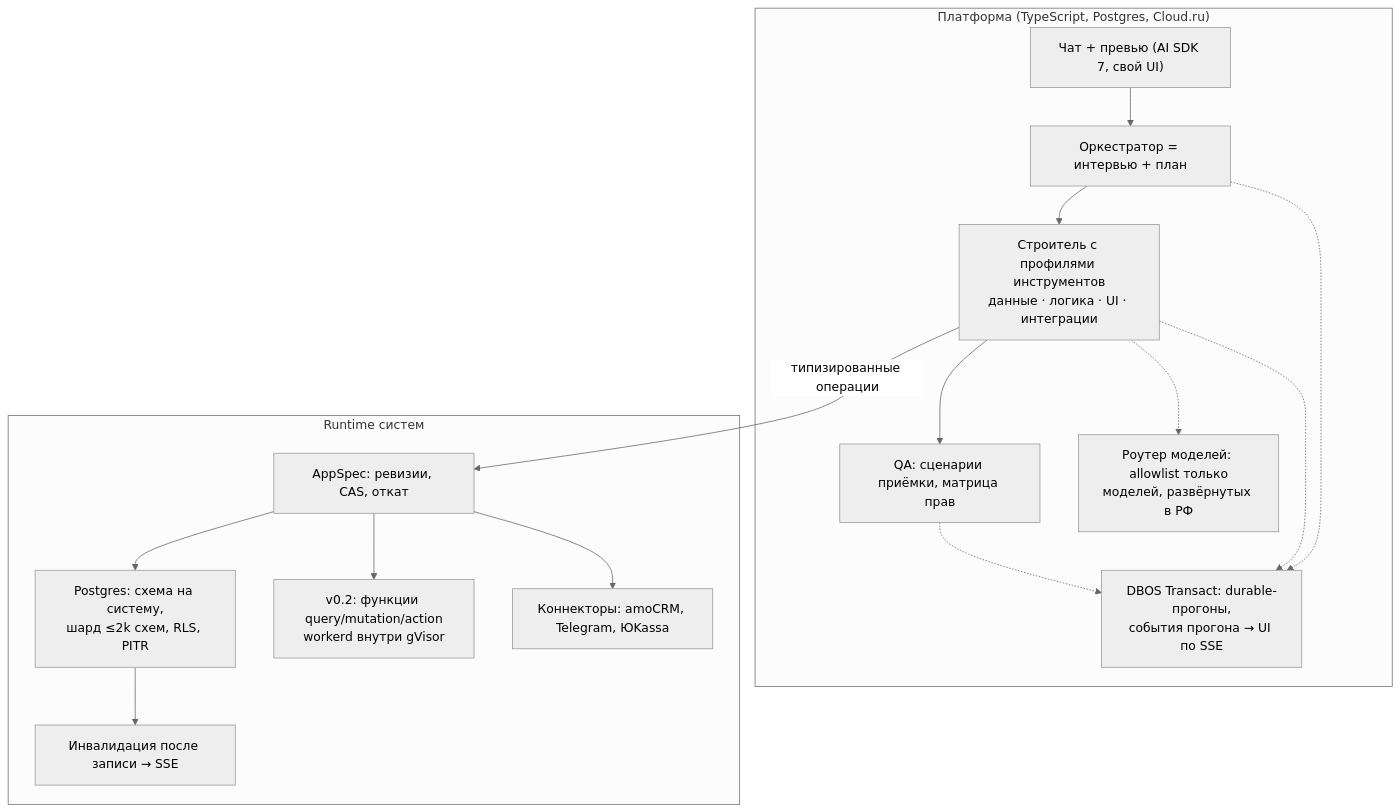
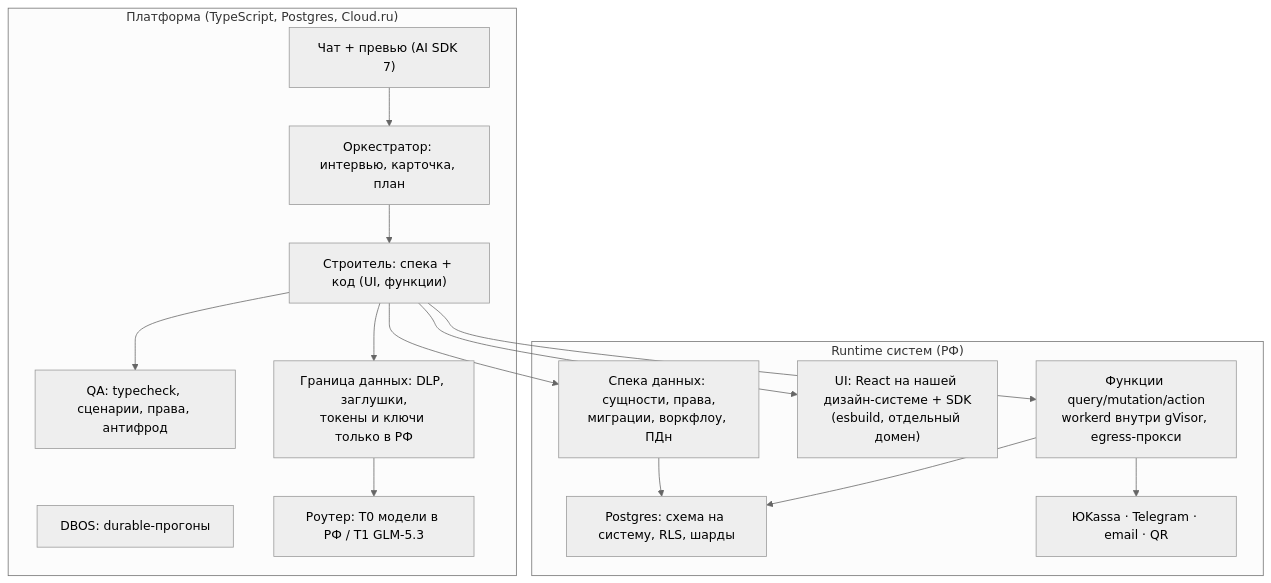
One commit to mrflxxxme/wizard changed the diagram in docs/concept.md. Above: the diagram before and after it, drawn with Mermaid (neutral theme). The commit also changed other lines of this file and 3 other files, not shown here.

````diff
--- a/docs/concept.md
+++ b/docs/concept.md
@@ -40,24 +61,24 @@
 ```mermaid
 flowchart TB
   subgraph Platform["Платформа (TypeScript, Postgres, Cloud.ru)"]
-    Chat["Чат + превью (AI SDK 7, свой UI)"]
-    Orch["Оркестратор = интервью + план"]
-    Build["Строитель с профилями инструментов<br/>данные · логика · UI · интеграции"]
-    QA["QA: сценарии приёмки, матрица прав"]
-    Flow["DBOS Transact: durable-прогоны,<br/>события прогона → UI по SSE"]
-    Router["Роутер моделей: allowlist только<br/>моделей, развёрнутых в РФ"]
+    Chat["Чат + превью (AI SDK 7)"]
+    Orch["Оркестратор: интервью, карточка, план"]
+    Build["Строитель: спека + код (UI, функции)"]
+    QA["QA: typecheck, сценарии, права, антифрод"]
+    DBOS["DBOS: durable-прогоны"]
+    Bound["Граница данных: DLP, заглушки,<br/>токены и ключи только в РФ"]
+    Router["Роутер: T0 модели в РФ / T1 GLM-5.3"]
   end
-  subgraph Runtime["Runtime систем"]
-    Spec["AppSpec: ревизии, CAS, откат"]
-    PG["Postgres: схема на систему,<br/>шард ≤2k схем, RLS, PITR"]
-    Bus["Инвалидация после записи → SSE"]
-    Fn["v0.2: функции query/mutation/action<br/>workerd внутри gVisor"]
-    Conn["Коннекторы: amoCRM, Telegram, ЮKassa"]
+  subgraph Runtime["Runtime систем (РФ)"]
+    Spec["Спека данных: сущности, права,<br/>миграции, воркфлоу, ПДн"]
+    PG["Postgres: схема на систему, RLS, шарды"]
+    UI["UI: React на нашей дизайн-системе + SDK<br/>(esbuild, отдельный домен)"]
+    Fn["Функции query/mutation/action<br/>workerd внутри gVisor, egress-прокси"]
+    Conn["ЮKassa · Telegram · email · QR"]
   end
   Chat --> Orch --> Build --> QA
-  Orch & Build & QA -.-> Flow
-  Build -.-> Router
-  Build -- "типизированные операции" --> Spec
-  Spec --> PG --> Bus
-  Spec --> Fn & Conn
+  Build --> Bound --> Router
+  Build --> Spec & UI & Fn
+  Spec --> PG
+  Fn --> PG & Conn
 ```
````
